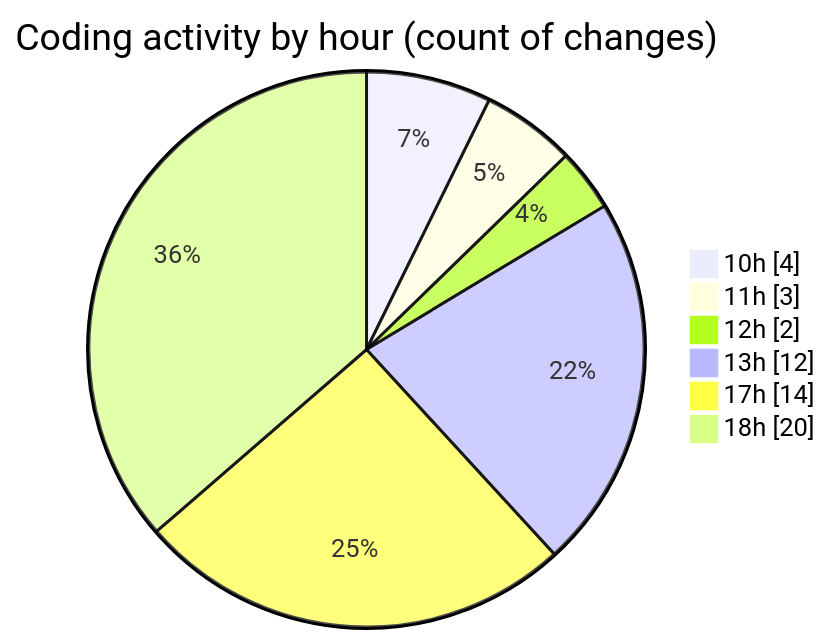
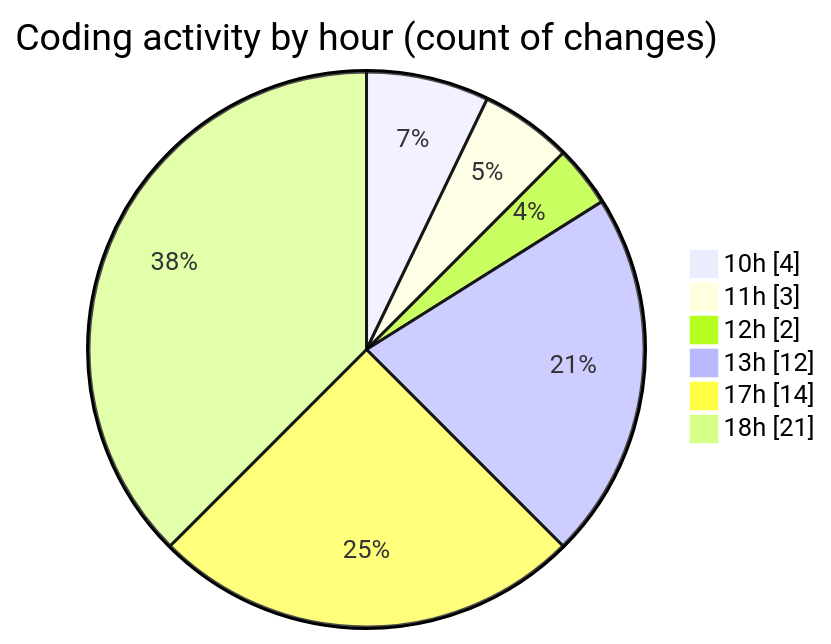
Before and after one commit to nxtqubesakshisongat/code-tracking: the second of 2 diagrams in 2026-08-21/nxtqube_webapp/README.md, drawn with Mermaid. The commit also changed other lines of this file and 1 other file, not shown here.

````diff
--- a/2026-08-21/nxtqube_webapp/README.md
+++ b/2026-08-21/nxtqube_webapp/README.md
@@ -51,10 +51,10 @@
 ```mermaid
 pie showData
 title Coding activity by hour (count of changes)
 "10h" : 4
 "11h" : 3
 "12h" : 2
 "13h" : 12
 "17h" : 14
-"18h" : 20
+"18h" : 21
 ```
````
